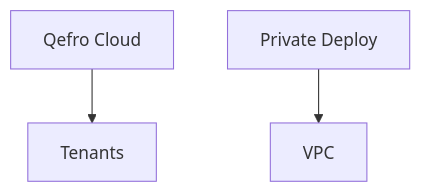
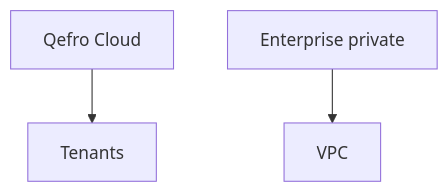
One commit to qefro-ai/qefro-documentation changed the diagram in docs/platform/deployment.mdx. Above: the diagram before and after it, drawn with Mermaid. The commit also changed other lines of this file and 46 other files, not shown here.

````diff
--- a/docs/platform/deployment.mdx
+++ b/docs/platform/deployment.mdx
@@ -37,5 +47,5 @@
 ```mermaid
 flowchart TB
   Cloud[Qefro Cloud] --> Tenants
-  Private[Private Deploy] --> VPC
+  Private[Enterprise private] --> VPC
 ```
````
